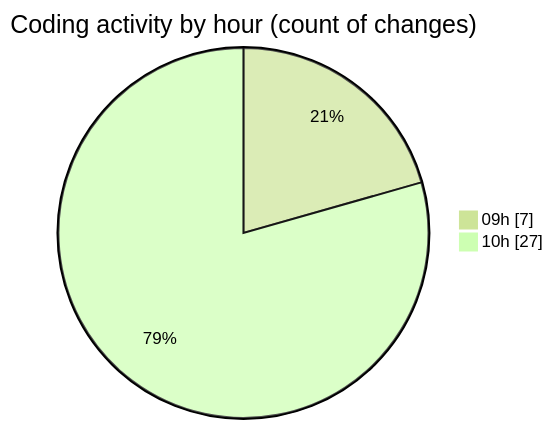
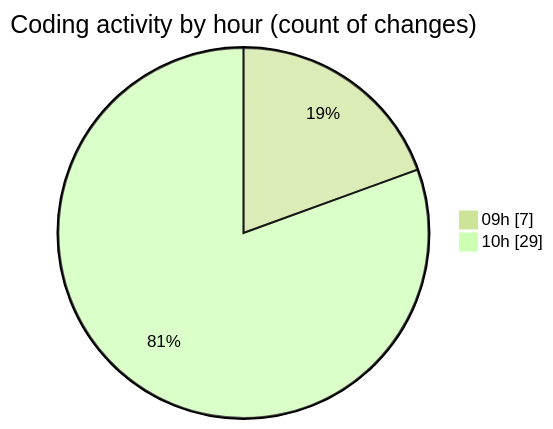
The second of 2 diagrams in 2025-06-16/cda/README.md (momahboobian/code-tracking), drawn with Mermaid (forest theme) before and after one commit. The commit also changed other lines of this file and 1 other file, not shown here.

````diff
--- a/2025-06-16/cda/README.md
+++ b/2025-06-16/cda/README.md
@@ -35,6 +36,6 @@
 ```mermaid
 pie showData
 title Coding activity by hour (count of changes)
 "09h" : 7
-"10h" : 27
+"10h" : 29
 ```
````
